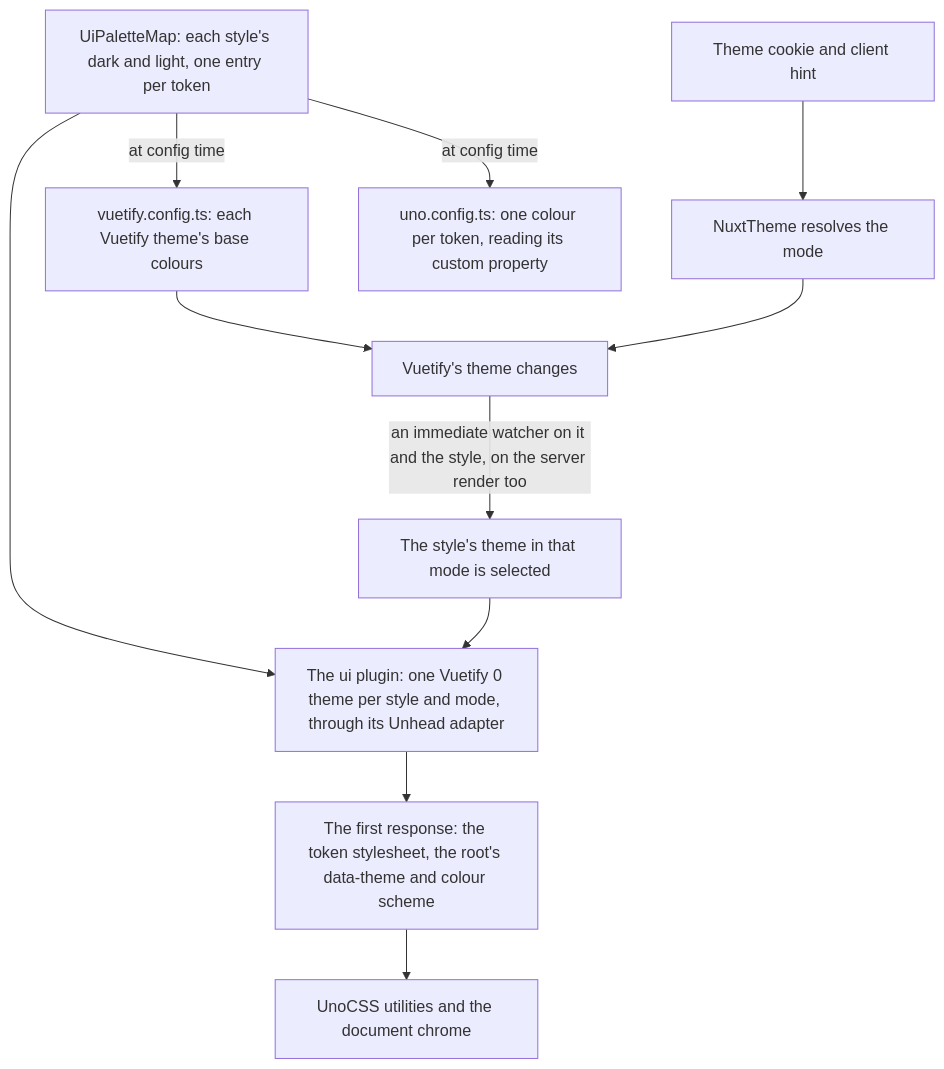
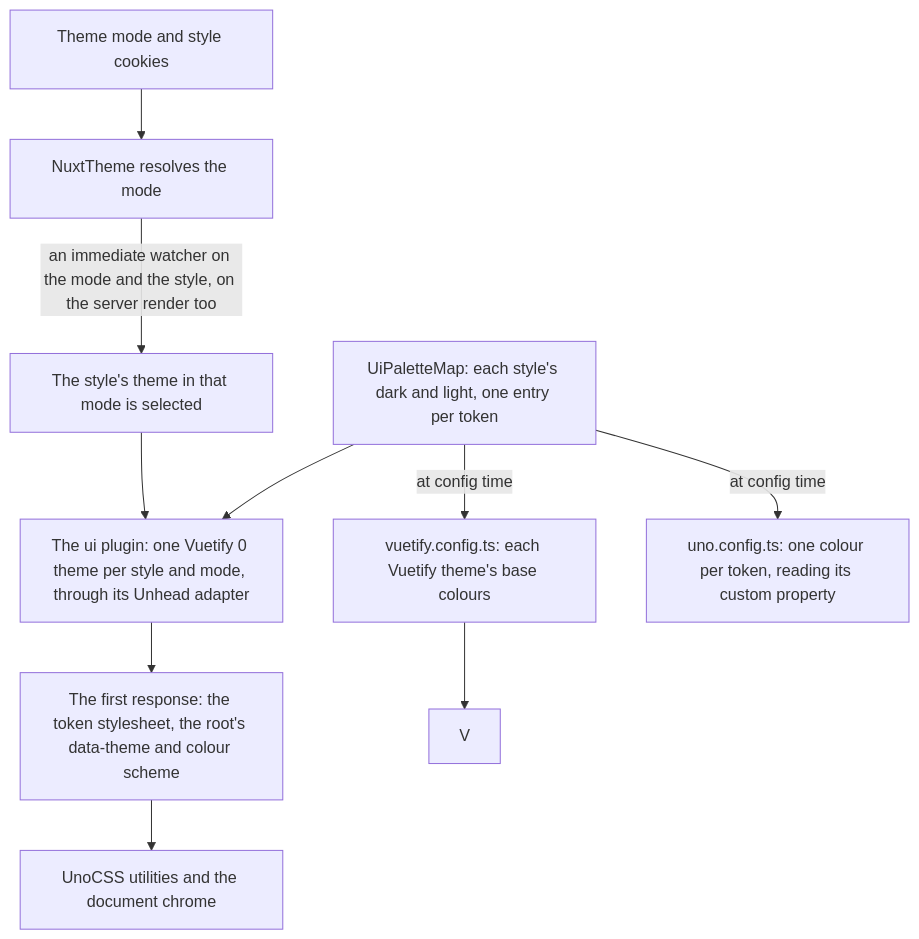
One commit to Esposter/Esposter changed the first of 8 diagrams in apps/web/content/docs/architecture/ui-library.md. Above: the diagram before and after it, drawn with Mermaid. The commit also changed other lines of this file and 70 other files, not shown here.

First line of the commit message:
refactor(ui): the theme, breakpoints and hotkeys are Vuetify 0's, and a mode or style is a choice the reader sees whole

````diff
--- a/apps/web/content/docs/architecture/ui-library.md
+++ b/apps/web/content/docs/architecture/ui-library.md
@@ -14,13 +14,12 @@
 ```mermaid
 flowchart TD
   M[UiPaletteMap: each style's dark and light, one entry per token] --> P[The ui plugin: one Vuetify 0 theme per style and mode, through its Unhead adapter]
   M -->|at config time| VC[vuetify.config.ts: each Vuetify theme's base colours]
   M -->|at config time| UC[uno.config.ts: one colour per token, reading its custom property]
-  C[Theme cookie and client hint] --> NT[NuxtTheme resolves the mode]
-  NT --> V[Vuetify's theme changes]
-  V -->|an immediate watcher on it and the style, on the server render too| S[The style's theme in that mode is selected]
+  C[Theme mode and style cookies] --> NT[NuxtTheme resolves the mode]
+  NT -->|an immediate watcher on the mode and the style, on the server render too| S[The style's theme in that mode is selected]
   S --> P
   P --> H[The first response: the token stylesheet, the root's data-theme and colour scheme]
   H --> U[UnoCSS utilities and the document chrome]
   VC --> V
 ```
````
